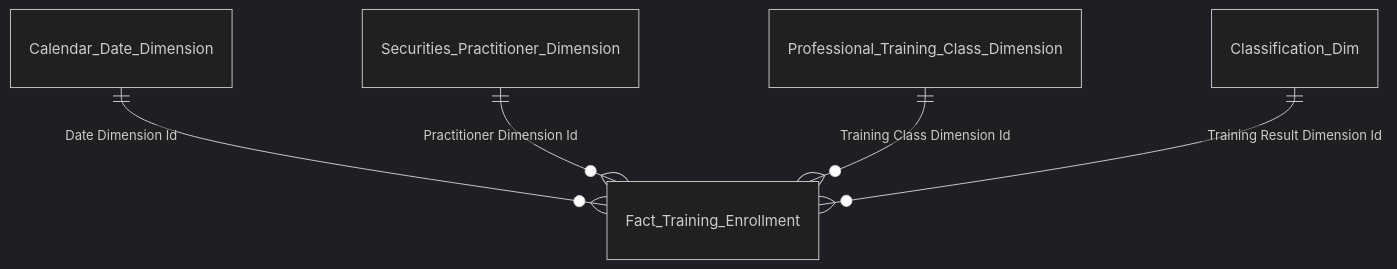
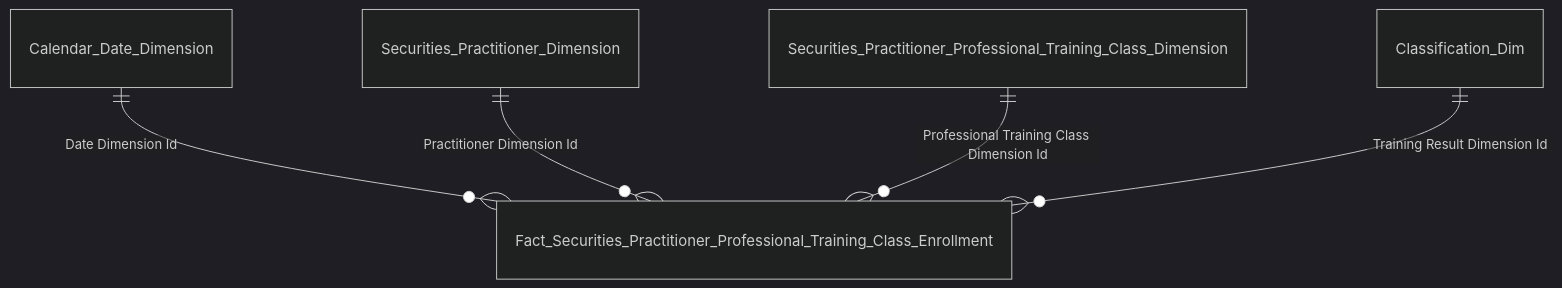
Diagram 19 of 21 in Gold/hld/GOLD_NHNCK_HLD.md (linhlvit/ubck_atomic_design), drawn with Mermaid (dark theme) before and after one commit. The commit also changed other lines of this file and 9 other files, not shown here.

````diff
--- a/Gold/hld/GOLD_NHNCK_HLD.md
+++ b/Gold/hld/GOLD_NHNCK_HLD.md
@@ -642,7 +642,7 @@
 ```mermaid
 erDiagram
-    Calendar_Date_Dimension ||--o{ Fact_Training_Enrollment : "Date Dimension Id"
-    Securities_Practitioner_Dimension ||--o{ Fact_Training_Enrollment : "Practitioner Dimension Id"
-    Professional_Training_Class_Dimension ||--o{ Fact_Training_Enrollment : "Training Class Dimension Id"
-    Classification_Dim ||--o{ Fact_Training_Enrollment : "Training Result Dimension Id"
+    Calendar_Date_Dimension ||--o{ Fact_Securities_Practitioner_Professional_Training_Class_Enrollment : "Date Dimension Id"
+    Securities_Practitioner_Dimension ||--o{ Fact_Securities_Practitioner_Professional_Training_Class_Enrollment : "Practitioner Dimension Id"
+    Securities_Practitioner_Professional_Training_Class_Dimension ||--o{ Fact_Securities_Practitioner_Professional_Training_Class_Enrollment : "Professional Training Class Dimension Id"
+    Classification_Dim ||--o{ Fact_Securities_Practitioner_Professional_Training_Class_Enrollment : "Training Result Dimension Id"
 ```
````
